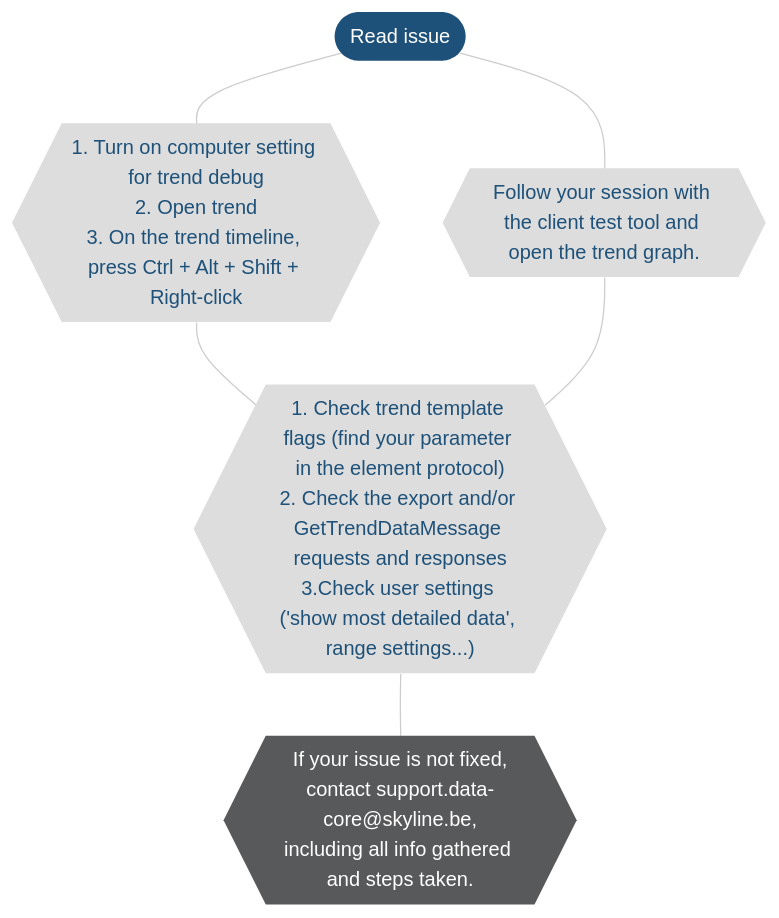
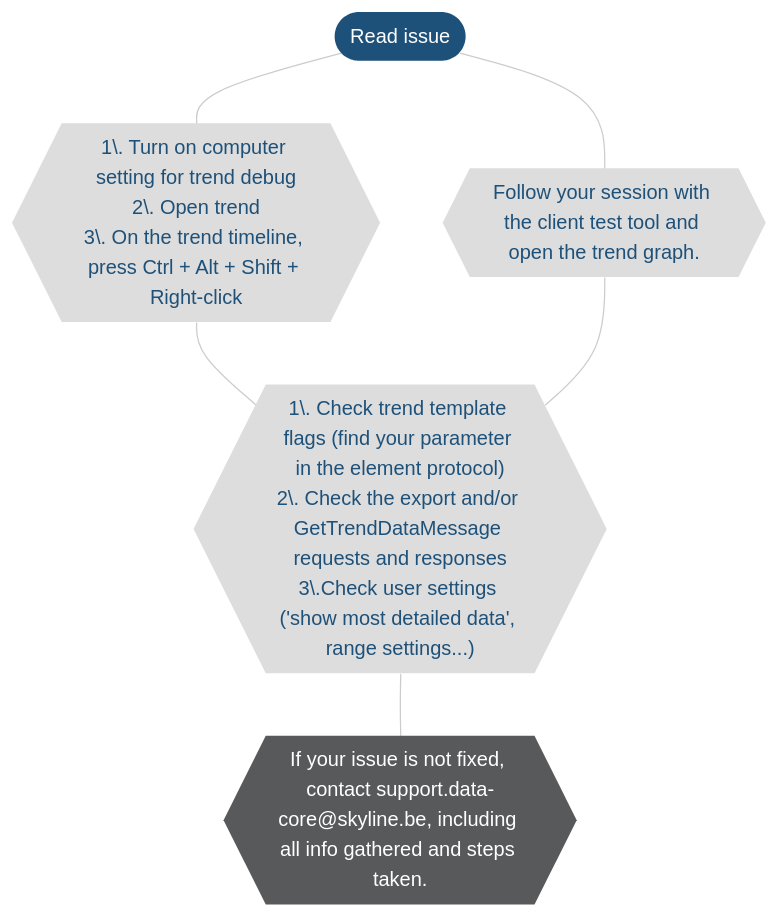
One commit to SkylineCommunications/dataminer-docs changed the second of 3 diagrams in user-guide/Troubleshooting/Troubleshooting_Flowcharts/Troubleshooting_Trending.md. Above: the diagram before and after it, drawn with Mermaid (forest theme). The commit also changed other lines of this file and 21 other files, not shown here.

````diff
--- a/user-guide/Troubleshooting/Troubleshooting_Flowcharts/Troubleshooting_Trending.md
+++ b/user-guide/Troubleshooting/Troubleshooting_Flowcharts/Troubleshooting_Trending.md
@@ -60,31 +60,31 @@
 ```mermaid
 flowchart TD
 %% Define styles %%
 linkStyle default stroke:#cccccc
 classDef classTerminal fill:#1e5179,stroke:#1e5179,color:#ffffff,stroke-width:0px;
 classDef classDecision fill:#4baeea,stroke:#4baeea,color:#ffffff,stroke-width:0px;
 classDef classExternalRef fill:#9ddaf5,stroke:#9ddaf5,color:#1E5179,stroke-width:0px;
 classDef classActionClickable fill:#999999,stroke:#999999,color:#ffffff,stroke-width:0px;
 classDef classAction fill:#dddddd,stroke:#dddddd,color:#1E5179,stroke-width:0px;
 classDef classSolution fill:#58595b,stroke:#58595b,color:#ffffff,stroke-width:0px;
 %% Define blocks %%
 ReadIssue([Read issue])
 FollowCTT{{Follow your session with the client test tool and open the trend graph.}}
-ClientExport{{1. Turn on computer setting for trend debug\n2. Open trend\n3. On the trend timeline, press Ctrl + Alt + Shift + Right-click}}
-ReadIssueChecks{{"1. Check trend template flags (find your parameter in the element protocol)\n2. Check the export and/or GetTrendDataMessage requests and responses\n3.Check user settings ('show most detailed data', range settings...)"}}
-NotFixed{{"If your issue is not fixed,\ncontact support.data-core@skyline.be,\nincluding all info gathered and steps taken."}}
+ClientExport{{1\. Turn on computer setting for trend debug<br>2\. Open trend<br>3\. On the trend timeline, press Ctrl + Alt + Shift + Right-click}}
+ReadIssueChecks{{"1\. Check trend template flags (find your parameter in the element protocol)<br>2\. Check the export and/or GetTrendDataMessage requests and responses<br>3\.Check user settings ('show most detailed data', range settings...)"}}
+NotFixed{{"If your issue is not fixed, contact support.data-core@skyline.be, including all info gathered and steps taken."}}
 %% Connect blocks %%
 ReadIssue --- FollowCTT
 ReadIssue --- ClientExport
 ClientExport --- ReadIssueChecks
 FollowCTT --- ReadIssueChecks
 ReadIssueChecks --- NotFixed
 %% Define hyperlinks %%
 %% Apply styles to blocks %%
 class ReadIssue classTerminal;
 class AlarmConsole,Surveyor,Apps,Trending classExternalRef;
 %%class classActionClickable;
 class GetDELT,TrendDataInspector,QueryDatabase,FollowCTT,ReadIssueChecks,ClientExport,WriteIssueActionLogging,WriteIssueActionDBXML,WriteIssueActionTrendTemplate,WriteIssueActionParameter classAction;
 class DataPresent classDecision;
 class NotFixed classSolution;
 ```
````
